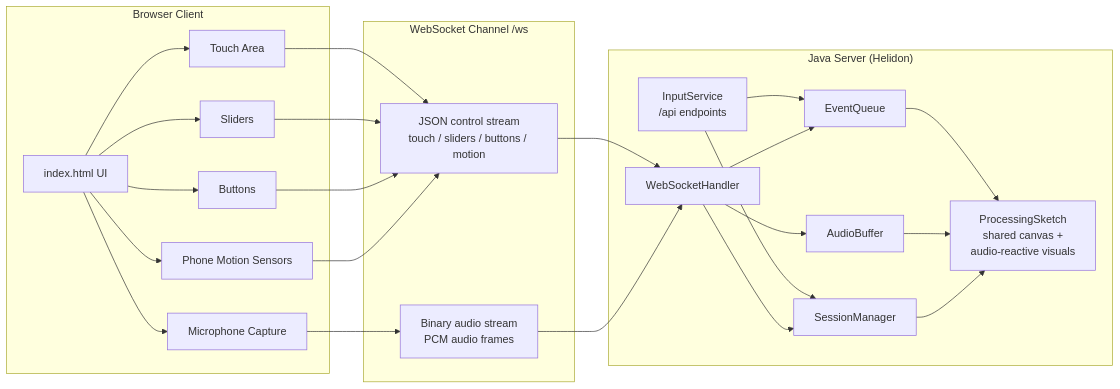
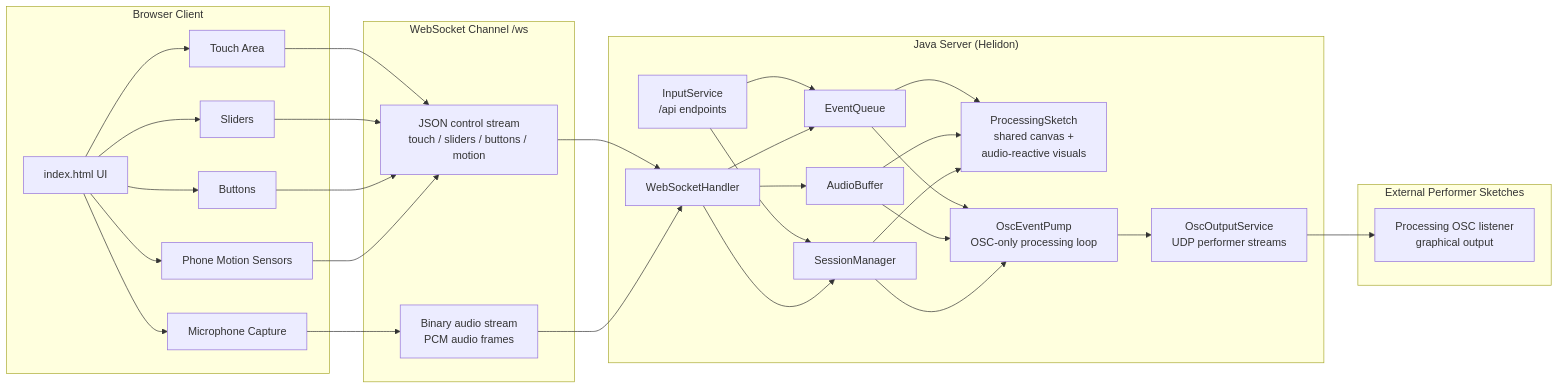
Before and after one commit to edbratt/processing-orchestra: the second of 7 diagrams in docs/architecture.md, drawn with Mermaid. The commit also changed other lines of this file and 24 other files, not shown here.

````diff
--- a/docs/architecture.md
+++ b/docs/architecture.md
@@ -26,46 +86,57 @@
 ```mermaid
 flowchart LR
     subgraph Browser["Browser Client"]
         UI["index.html UI"]
         Touch["Touch Area"]
         Sliders["Sliders"]
         Buttons["Buttons"]
         Audio["Microphone Capture"]
         Motion["Phone Motion Sensors"]
         UI --> Touch
         UI --> Sliders
         UI --> Buttons
         UI --> Audio
         UI --> Motion
     end
 
     subgraph Channel["WebSocket Channel /ws"]
         ControlStream["JSON control stream<br/>touch / sliders / buttons / motion"]
         AudioStream["Binary audio stream<br/>PCM audio frames"]
     end
 
     subgraph Server["Java Server (Helidon)"]
         WSH["WebSocketHandler"]
         API["InputService<br/>/api endpoints"]
         Sessions["SessionManager"]
         Queue["EventQueue"]
         AudioBuffer["AudioBuffer"]
         Sketch["ProcessingSketch<br/>shared canvas +<br/>audio-reactive visuals"]
+        OscPump["OscEventPump<br/>OSC-only processing loop"]
+        OscOutput["OscOutputService<br/>UDP performer streams"]
         API --> Sessions
         API --> Queue
         WSH --> Sessions
         WSH --> Queue
         WSH --> AudioBuffer
         Queue --> Sketch
         AudioBuffer --> Sketch
         Sessions --> Sketch
+        Queue --> OscPump
+        AudioBuffer --> OscPump
+        Sessions --> OscPump
+        OscPump --> OscOutput
+    end
+
+    subgraph Performers["External Performer Sketches"]
+        Performer["Processing OSC listener<br/>graphical output"]
     end
 
     Touch --> ControlStream
     Sliders --> ControlStream
     Buttons --> ControlStream
     Motion --> ControlStream
     Audio --> AudioStream
     ControlStream --> WSH
     AudioStream --> WSH
+    OscOutput --> Performer
 ```
````
